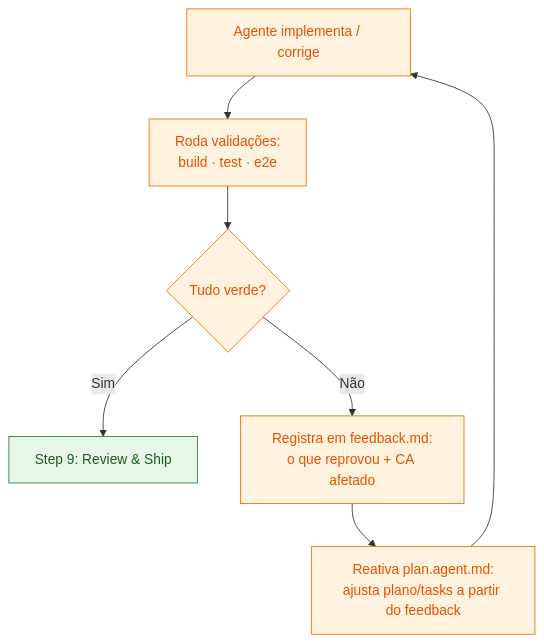
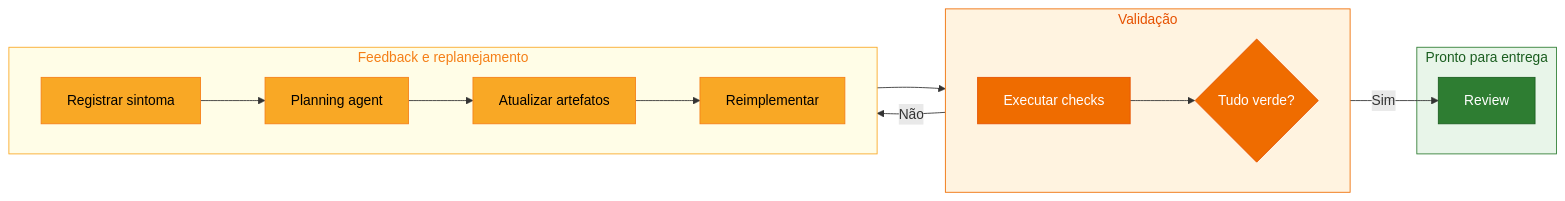
One commit to dev-pods/start-with-spec-driven-development changed the diagram in .github/steps/8-step.md. Above: the diagram before and after it, drawn with Mermaid. The commit also changed other lines of this file and 47 other files, not shown here.

````diff
--- a/.github/steps/8-step.md
+++ b/.github/steps/8-step.md
@@ -11,14 +16,33 @@
 ```mermaid
-flowchart TD
-    Impl[Agente implementa / corrige] --> Val[Roda validações:<br/>build · test · e2e]
-    Val --> Q{Tudo verde?}
-    Q -->|Sim| Ship[Step 9: Review & Ship]
-    Q -->|Não| FB[Registra em feedback.md:<br/>o que reprovou + CA afetado]
-    FB --> Rep[Reativa plan.agent.md:<br/>ajusta plano/tasks a partir do feedback]
-    Rep --> Impl
+flowchart LR
+   subgraph validacao["Validação"]
+      direction LR
+      A[Executar checks] --> B{Tudo verde?}
+   end
 
-    classDef loop fill:#fff3e0,stroke:#ef6c00,color:#e65100
-    class Impl,Val,Q,FB,Rep loop
-    classDef done fill:#e8f5e9,stroke:#2e7d32,color:#1b5e20
-    class Ship done
+   subgraph entrega["Pronto para entrega"]
+      C[Review]
+   end
+
+   subgraph iteracao["Feedback e replanejamento"]
+      direction LR
+      D[Registrar sintoma] --> E[Planning agent]
+      E --> F[Atualizar artefatos] --> G[Reimplementar]
+   end
+
+   B -->|Sim| C
+   B -->|Não| D
+    G --> A
+
+   classDef testingNode fill:#ef6c00,stroke:#e65100,color:#ffffff
+   classDef iterateNode fill:#f9a825,stroke:#f57f17,color:#000000
+   classDef releaseNode fill:#2e7d32,stroke:#1b5e20,color:#ffffff
+
+   class A,B testingNode
+   class D,E,F,G iterateNode
+   class C releaseNode
+
+   style validacao fill:#fff3e0,stroke:#ef6c00,color:#e65100
+   style iteracao fill:#fffde7,stroke:#f9a825,color:#f57f17
+   style entrega fill:#e8f5e9,stroke:#2e7d32,color:#1b5e20
 ```
````
